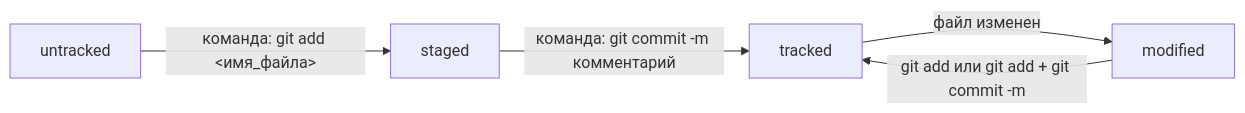
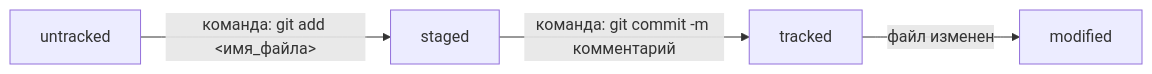
One commit to RVictor84/Practical-work-1 changed the diagram in README.md. Above: the diagram before and after it, drawn with Mermaid.

Commit message:
Исправить схему в разделе: Статусы файлов

```diff
--- a/README.md
+++ b/README.md
@@ -371,7 +371,6 @@
 ~~~mermaid
 graph LR;
   untracked -- "команда: git add <имя_файла>" --> staged
   staged -- "команда: git commit -m "комментарий"" --> tracked
   tracked -- "файл изменен" --> modified
-  modified -- "git add или git add + git commit -m" --> tracked
 ~~~
```
